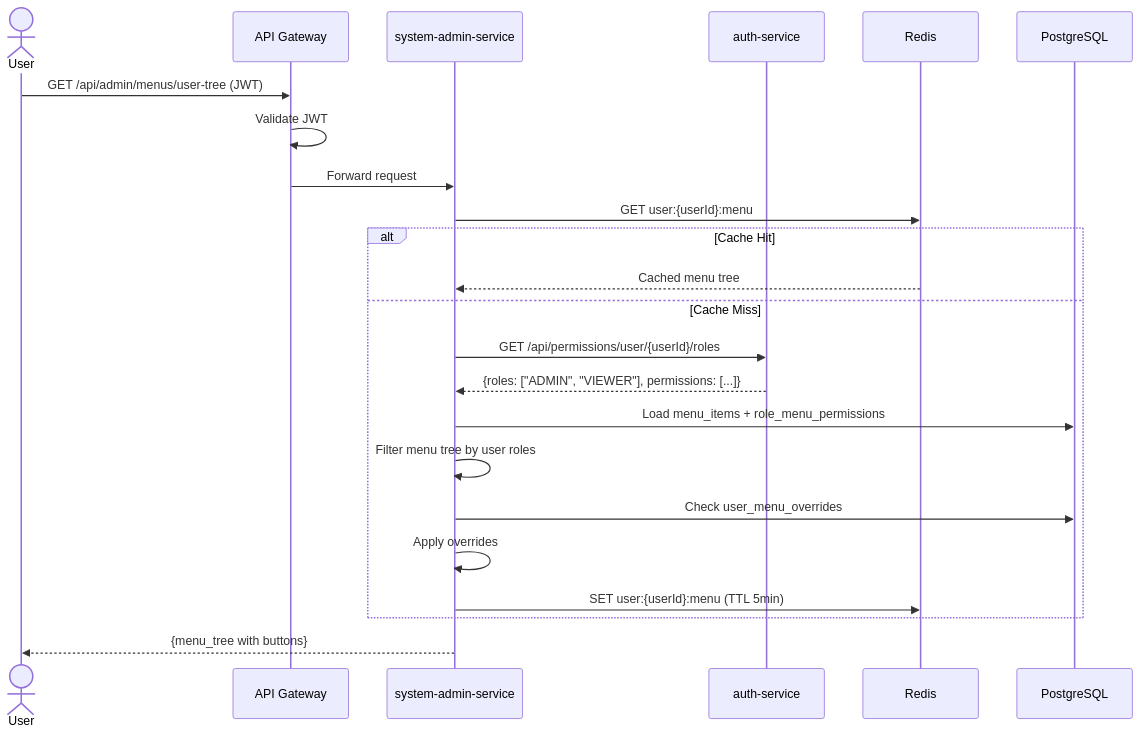
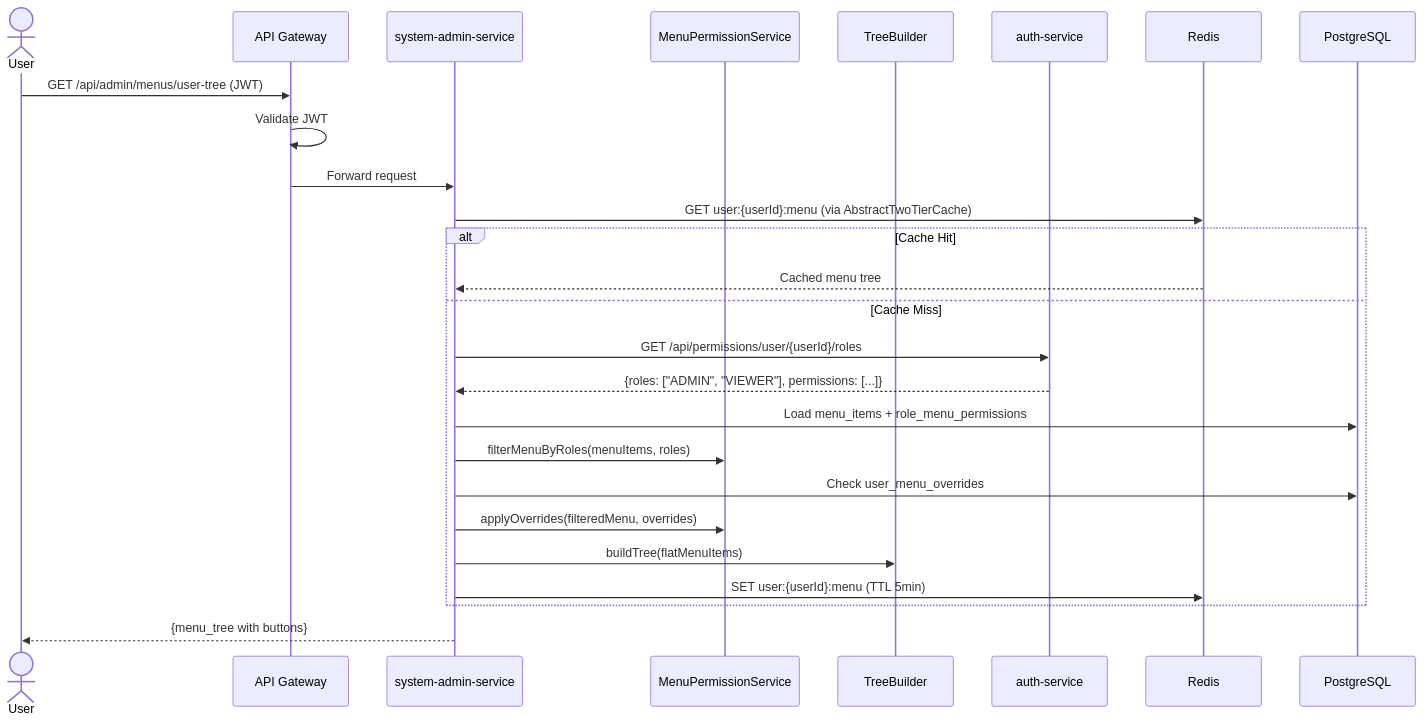
The seventh of 8 diagrams in openspec/research/erp-iam-system/technical_spec.md (nguyentthai96/auth-service), drawn with Mermaid before and after one commit. The commit also changed other lines of this file and 320 other files, not shown here.

Commit message:
feat(auth-service): update cache and session features

````diff
--- a/openspec/research/erp-iam-system/technical_spec.md
+++ b/openspec/research/erp-iam-system/technical_spec.md
@@ -573,27 +578,30 @@
 ```mermaid
 sequenceDiagram
     actor User
     participant GW as API Gateway
     participant SYS as system-admin-service
+    participant MenuSvc as MenuPermissionService
+    participant TreeBld as TreeBuilder
     participant AUTH as auth-service
     participant Redis as Redis
     participant DB as PostgreSQL
 
     User->>GW: GET /api/admin/menus/user-tree (JWT)
     GW->>GW: Validate JWT
     GW->>SYS: Forward request
 
-    SYS->>Redis: GET user:{userId}:menu
+    SYS->>Redis: GET user:{userId}:menu (via AbstractTwoTierCache)
     alt Cache Hit
         Redis-->>SYS: Cached menu tree
     else Cache Miss
         SYS->>AUTH: GET /api/permissions/user/{userId}/roles
         AUTH-->>SYS: {roles: ["ADMIN", "VIEWER"], permissions: [...]}
         SYS->>DB: Load menu_items + role_menu_permissions
-        SYS->>SYS: Filter menu tree by user roles
+        SYS->>MenuSvc: filterMenuByRoles(menuItems, roles)
         SYS->>DB: Check user_menu_overrides
-        SYS->>SYS: Apply overrides
+        SYS->>MenuSvc: applyOverrides(filteredMenu, overrides)
+        SYS->>TreeBld: buildTree(flatMenuItems)
         SYS->>Redis: SET user:{userId}:menu (TTL 5min)
     end
     SYS-->>User: {menu_tree with buttons}
 ```
````
